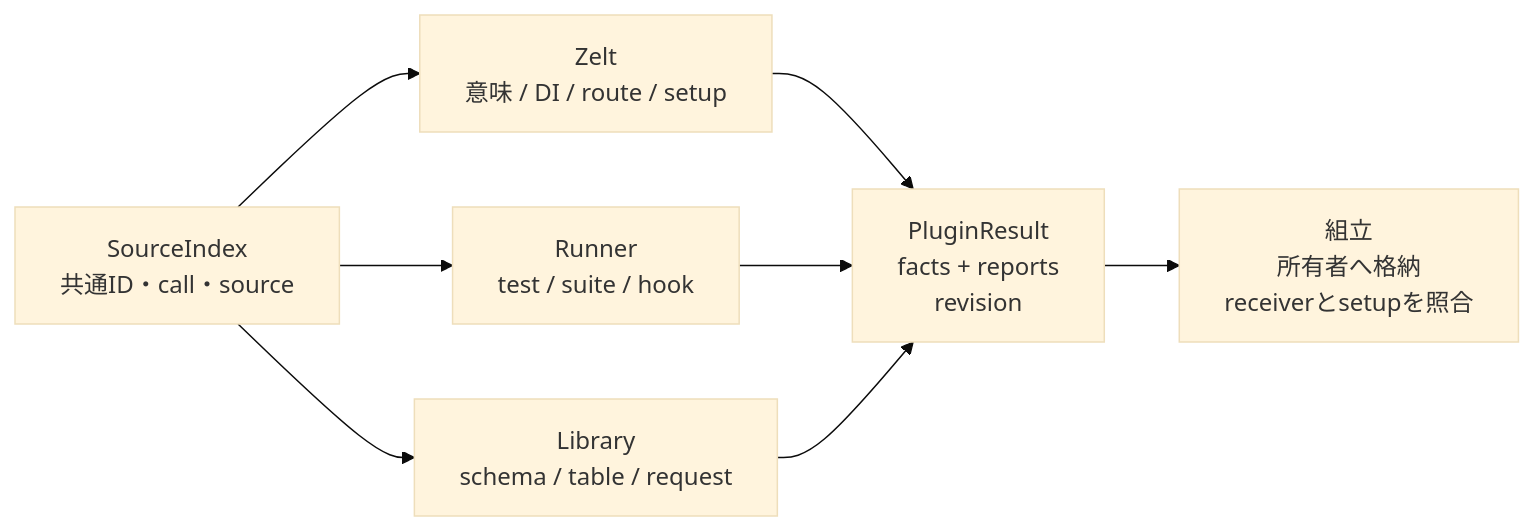
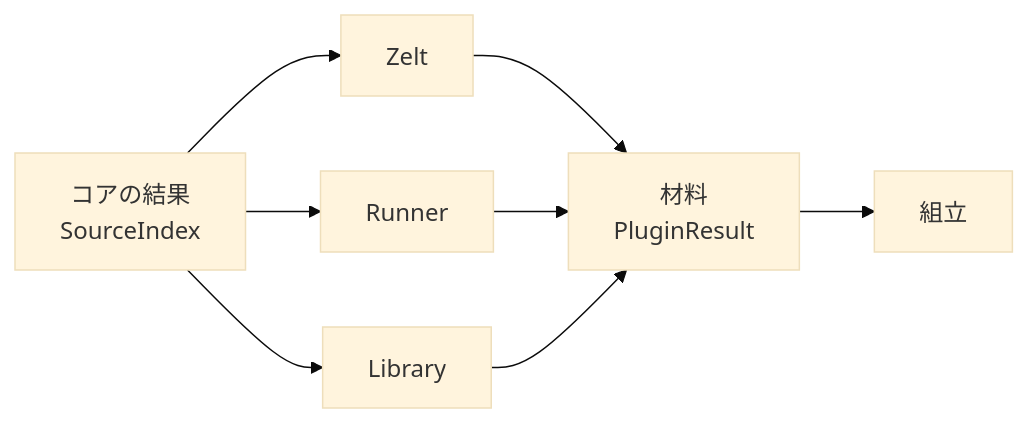
The seventh of 13 diagrams in mocks/studio-spatial/generic-extraction-design.md (zeltjs/zelt), drawn with Mermaid (base theme) before and after one commit. The commit also changed other lines of this file, not shown here.

First line of the commit message:
[wip] ground studio extraction design in architect-facing policies

```diff
--- a/mocks/studio-spatial/generic-extraction-design.md
+++ b/mocks/studio-spatial/generic-extraction-design.md
@@ -577,10 +803,10 @@
 ~~~mermaid
 flowchart LR
-  I["SourceIndex<br/>共通ID・call・source"] --> Z["Zelt<br/>意味 / DI / route / setup"]
-  I --> T["Runner<br/>test / suite / hook"]
-  I --> L["Library<br/>schema / table / request"]
-  Z --> F["PluginResult<br/>facts + reports<br/>revision"]
+  I["コアの結果<br/>SourceIndex"] --> Z["Zelt"]
+  I --> T["Runner"]
+  I --> L["Library"]
+  Z --> F["材料<br/>PluginResult"]
   T --> F
   L --> F
-  F --> A["組立<br/>所有者へ格納<br/>receiverとsetupを照合"]
+  F --> A["組立"]
 ~~~
```
